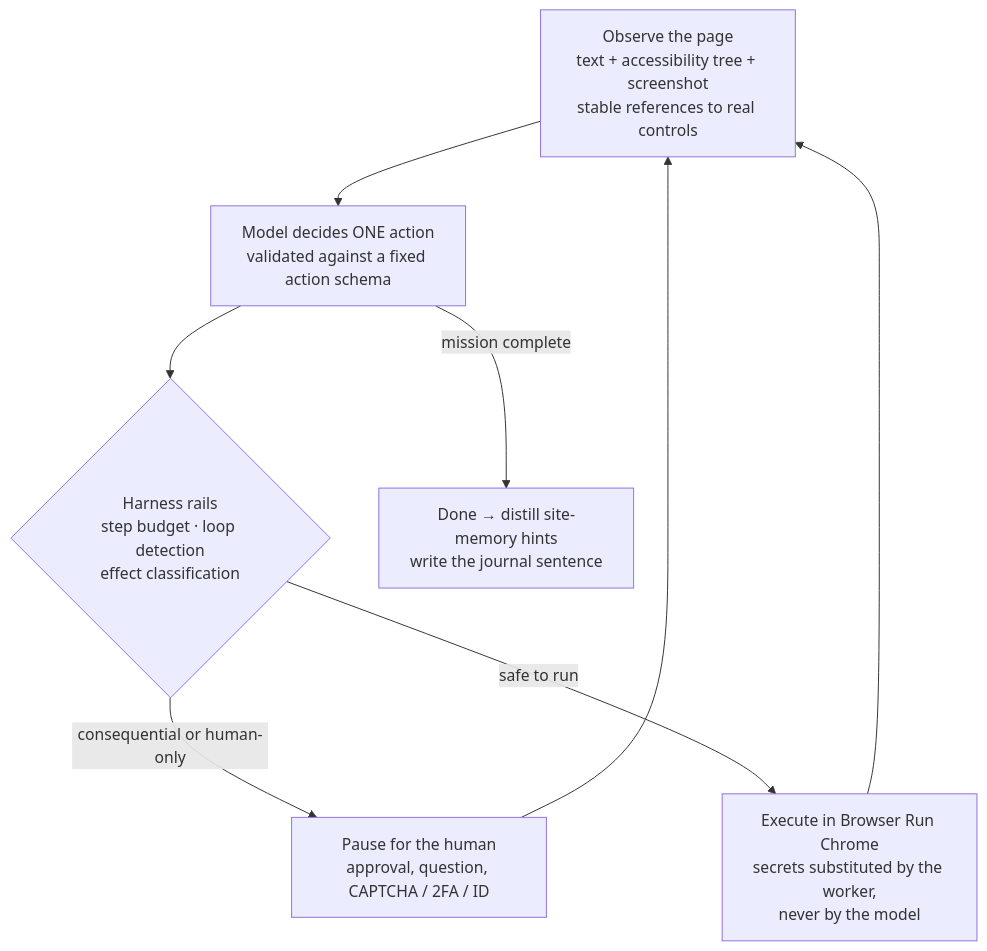
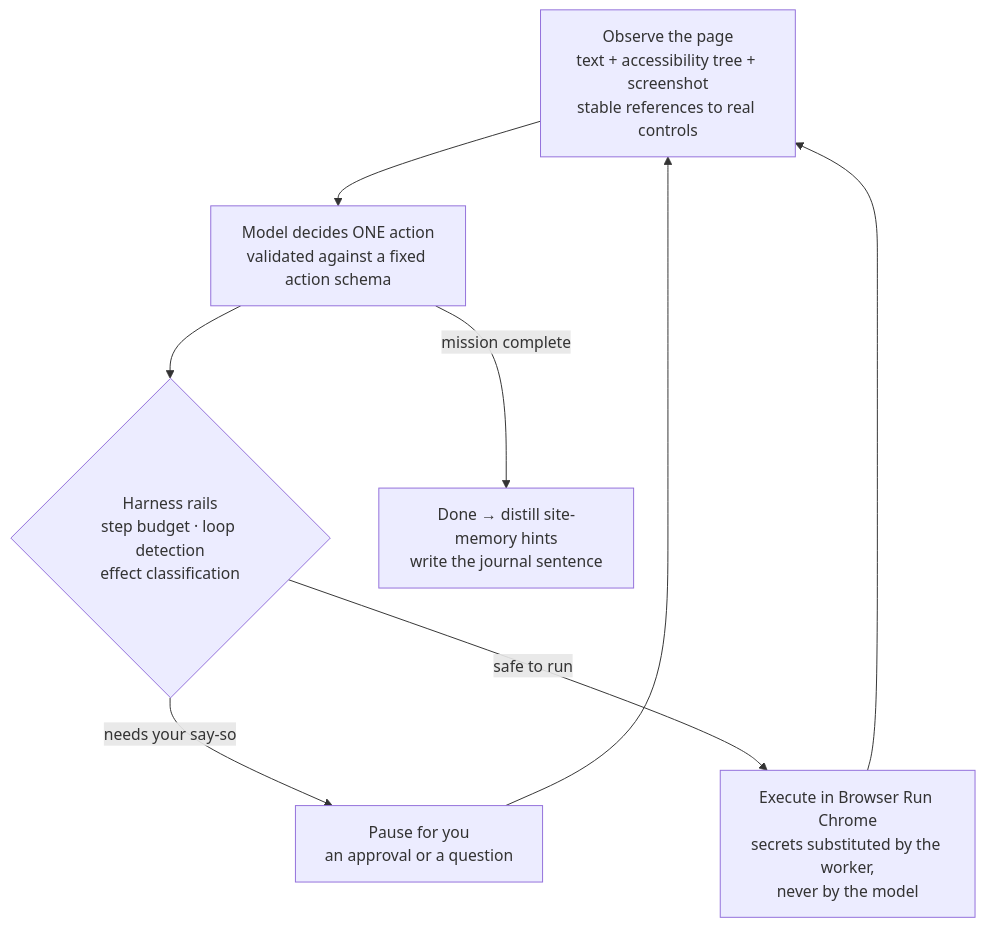
The second of 2 diagrams in README.md (Lembergdk/hygge), drawn with Mermaid before and after one commit. The commit also changed other lines of this file, not shown here.

````diff
--- a/README.md
+++ b/README.md
@@ -167,14 +167,14 @@
 ```mermaid
 flowchart TD
     Observe["Observe the page<br/>text + accessibility tree + screenshot<br/>stable references to real controls"]
     Decide["Model decides ONE action<br/>validated against a fixed action schema"]
     Rails{"Harness rails<br/>step budget · loop detection<br/>effect classification"}
-    Human["Pause for the human<br/>approval, question, CAPTCHA / 2FA / ID"]
+    Human["Pause for you<br/>an approval or a question"]
     Act["Execute in Browser Run Chrome<br/>secrets substituted by the worker,<br/>never by the model"]
     Done["Done → distill site-memory hints<br/>write the journal sentence"]
 
     Observe --> Decide --> Rails
-    Rails -->|"consequential or human-only"| Human --> Observe
+    Rails -->|"needs your say-so"| Human --> Observe
     Rails -->|"safe to run"| Act --> Observe
     Decide -->|"mission complete"| Done
 ```
````
